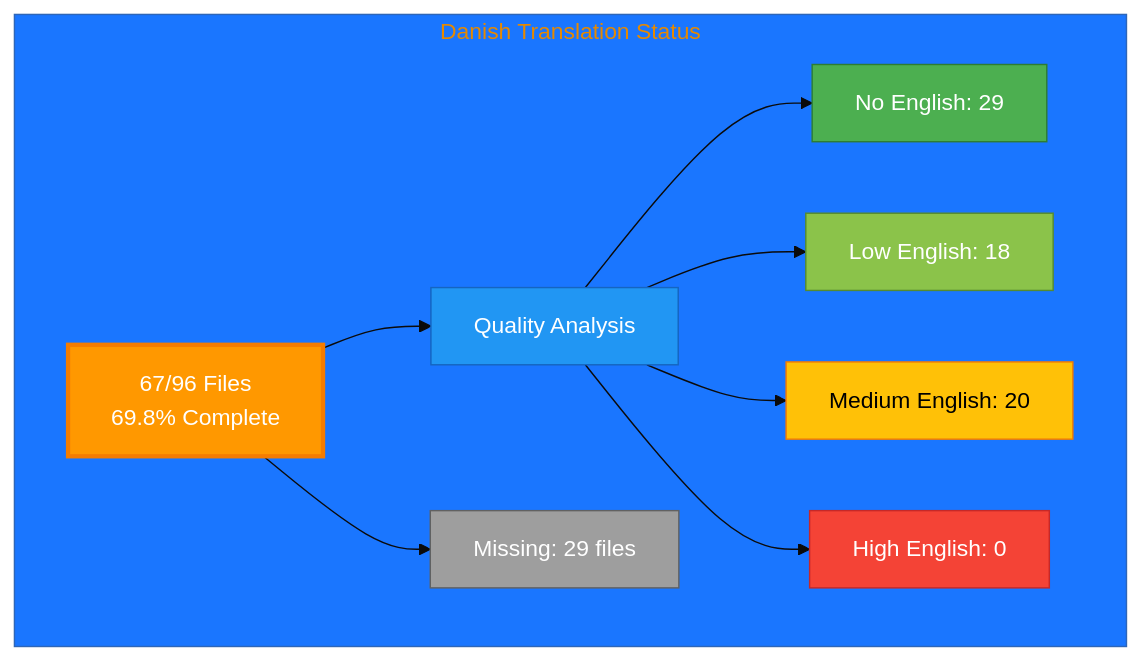
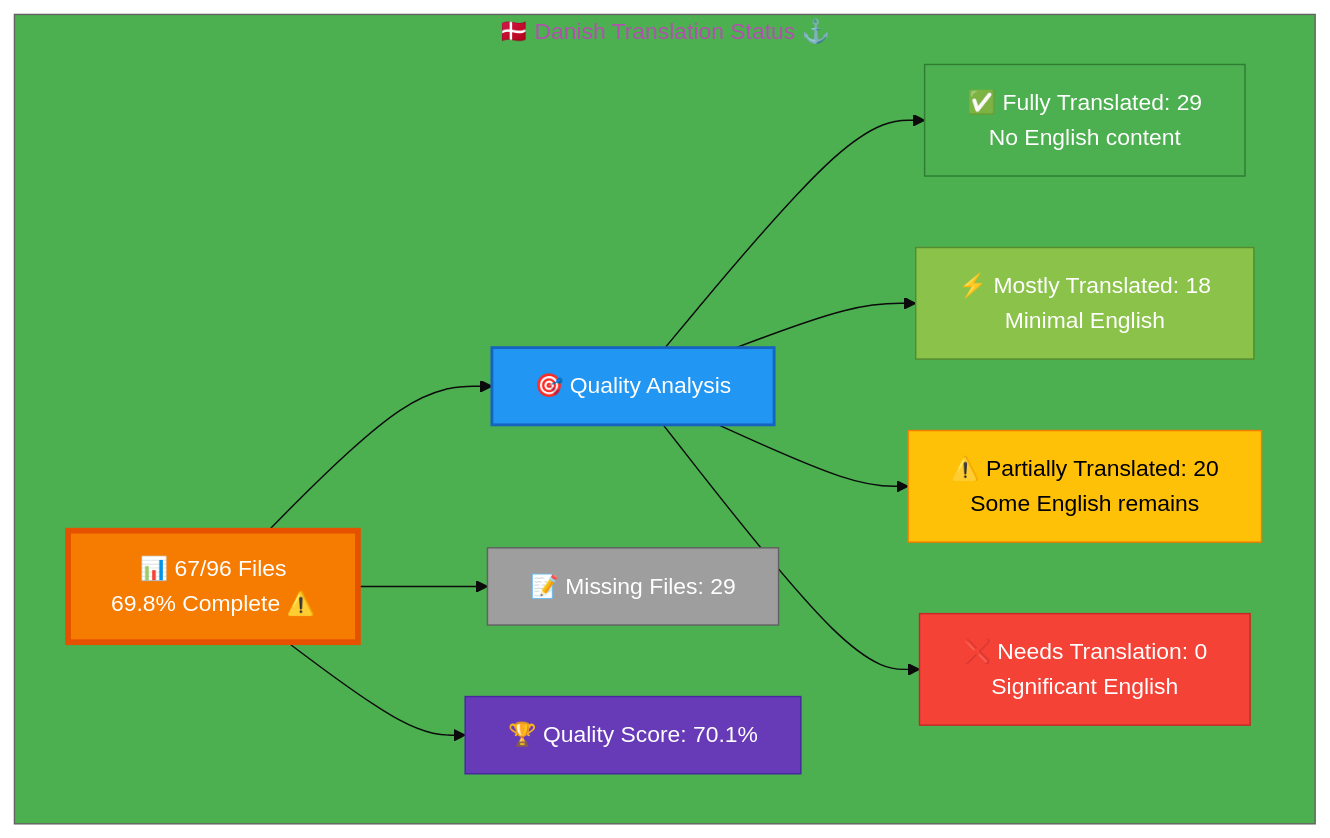
One commit to Hack23/homepage changed the diagram in Danish-Translation-Status.md. Above: the diagram before and after it, drawn with Mermaid. The commit also changed other lines of this file and 26 other files, not shown here.

Commit message:
Complete validation & enhancement: icons, color-coded Mermaid diagrams, accuracy verified for all 26 files

````diff
--- a/Danish-Translation-Status.md
+++ b/Danish-Translation-Status.md
@@ -11,22 +12,26 @@
 ```mermaid
-%%{init: {'theme':'base', 'themeVariables': { 'primaryColor':'#FF9800'}}}%%
+%%{init: {'theme':'base', 'themeVariables': {'primaryColor':'#F57C00','secondaryColor':'#2196F3','tertiaryColor':'#4CAF50','fontSize':'16px'}}}%%
 graph TB
-    subgraph "Danish Translation Status"
-        A[67/96 Files<br/>69.8% Complete]
-        A --> B[Quality Analysis]
-        B --> C[No English: 29]
-        B --> D[Low English: 18]
-        B --> E[Medium English: 20]
-        B --> F[High English: 0]
+    subgraph "🇩🇰 Danish Translation Status ⚓"
+        A["📊 67/96 Files<br/>69.8% Complete ⚠️"]
         
-        A --> G[Missing: 29 files]
+        A --> B["🎯 Quality Analysis"]
+        B --> C["✅ Fully Translated: 29<br/>No English content"]
+        B --> D["⚡ Mostly Translated: 18<br/>Minimal English"]
+        B --> E["⚠️  Partially Translated: 20<br/>Some English remains"]
+        B --> F["❌ Needs Translation: 0<br/>Significant English"]
         
-        style A fill:#FF9800,stroke:#F57C00,color:#fff,stroke-width:3px
-        style B fill:#2196F3,stroke:#1565C0,color:#fff
+        A --> G["📝 Missing Files: 29"]
+        
+        A --> H["🏆 Quality Score: 70.1%"]
+        
+        style A fill:#F57C00,stroke:#E65100,color:#fff,stroke-width:4px
+        style B fill:#2196F3,stroke:#1565C0,color:#fff,stroke-width:2px
         style C fill:#4CAF50,stroke:#2E7D32,color:#fff
         style D fill:#8BC34A,stroke:#558B2F,color:#fff
         style E fill:#FFC107,stroke:#F57C00,color:#000
         style F fill:#F44336,stroke:#C62828,color:#fff
         style G fill:#9E9E9E,stroke:#616161,color:#fff
+        style H fill:#673AB7,stroke:#4527A0,color:#fff
     end
 ```
````
